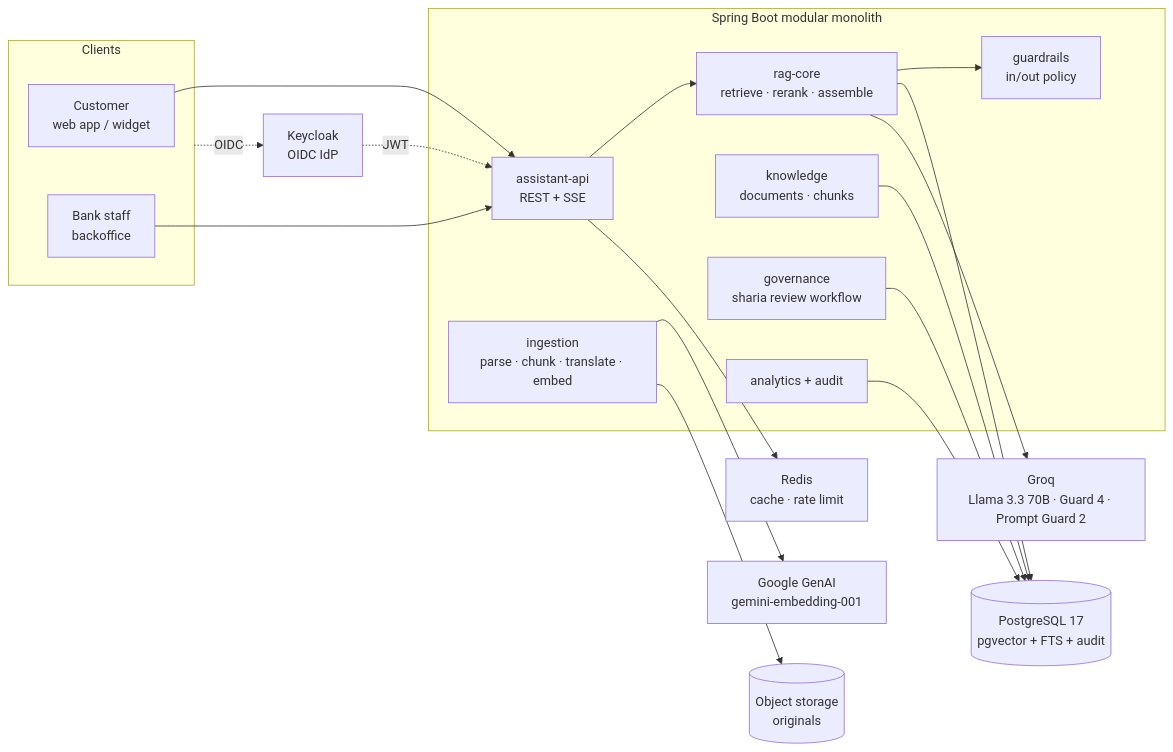
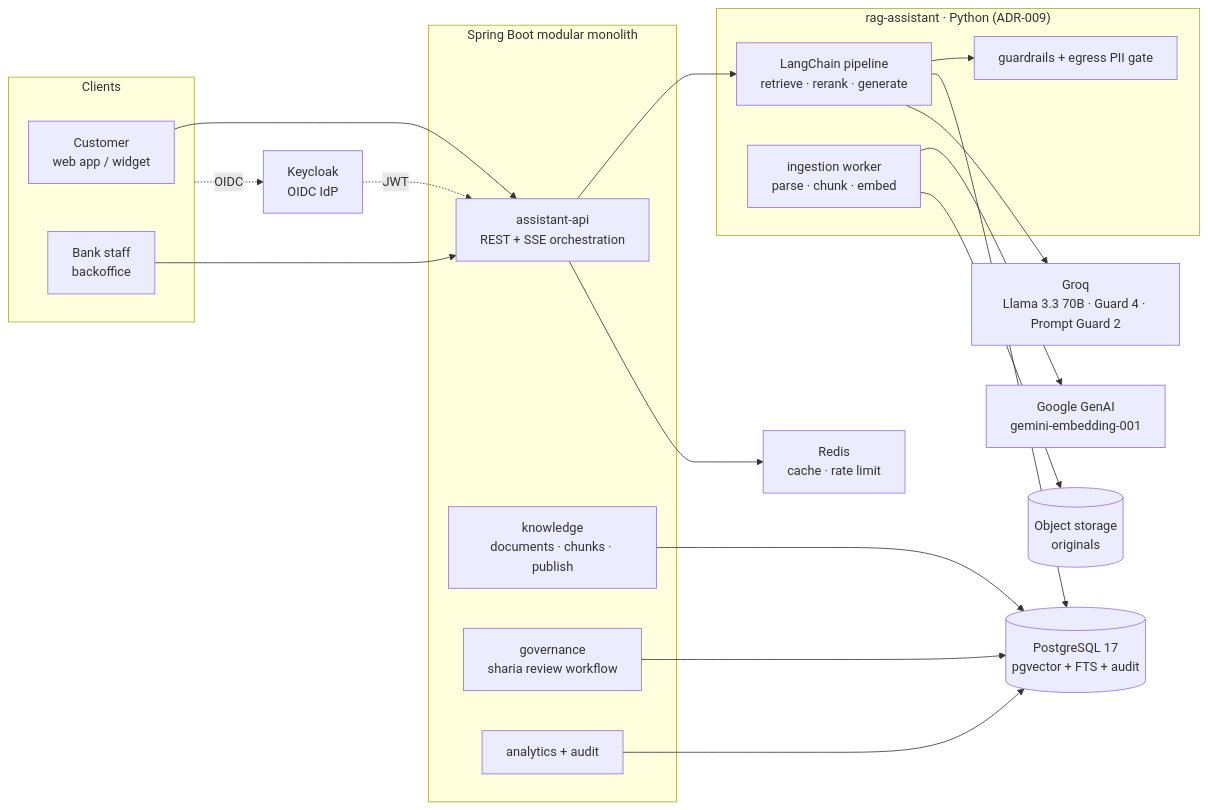
Before and after one commit to seif-bkh/albaraka-ai: the diagram in docs/00-executive-summary.md, drawn with Mermaid. The commit also changed 8 other files, not shown here.

````diff
--- a/docs/00-executive-summary.md
+++ b/docs/00-executive-summary.md
@@ -78,36 +78,38 @@
 ```mermaid
 flowchart LR
     subgraph Clients
         C1[Customer<br/>web app / widget]
         C2[Bank staff<br/>backoffice]
     end
     KC[Keycloak<br/>OIDC IdP]
     subgraph Backend["Spring Boot modular monolith"]
-        API[assistant-api<br/>REST + SSE]
-        RG[rag-core<br/>retrieve · rerank · assemble]
-        GR[guardrails<br/>in/out policy]
-        KN[knowledge<br/>documents · chunks]
-        IN[ingestion<br/>parse · chunk · translate · embed]
+        API[assistant-api<br/>REST + SSE orchestration]
+        KN[knowledge<br/>documents · chunks · publish]
         GV[governance<br/>sharia review workflow]
         AN[analytics + audit]
+    end
+    subgraph RAGSVC["rag-assistant · Python (ADR-009)"]
+        RG[LangChain pipeline<br/>retrieve · rerank · generate]
+        GR[guardrails + egress PII gate]
+        IN[ingestion worker<br/>parse · chunk · embed]
     end
     PG[(PostgreSQL 17<br/>pgvector + FTS + audit)]
     S3[(Object storage<br/>originals)]
     GROQ[Groq<br/>Llama 3.3 70B · Guard 4 · Prompt Guard 2]
     GOOG[Google GenAI<br/>gemini-embedding-001]
     R[Redis<br/>cache · rate limit]
 
     C1 --> API
     C2 --> API
     Clients -. OIDC .-> KC
     KC -. JWT .-> API
     API --> RG --> GR
     RG --> PG
     RG --> GROQ
     IN --> GOOG
     IN --> S3
     KN --> PG
     GV --> PG
     AN --> PG
     API --> R
 ```
````
